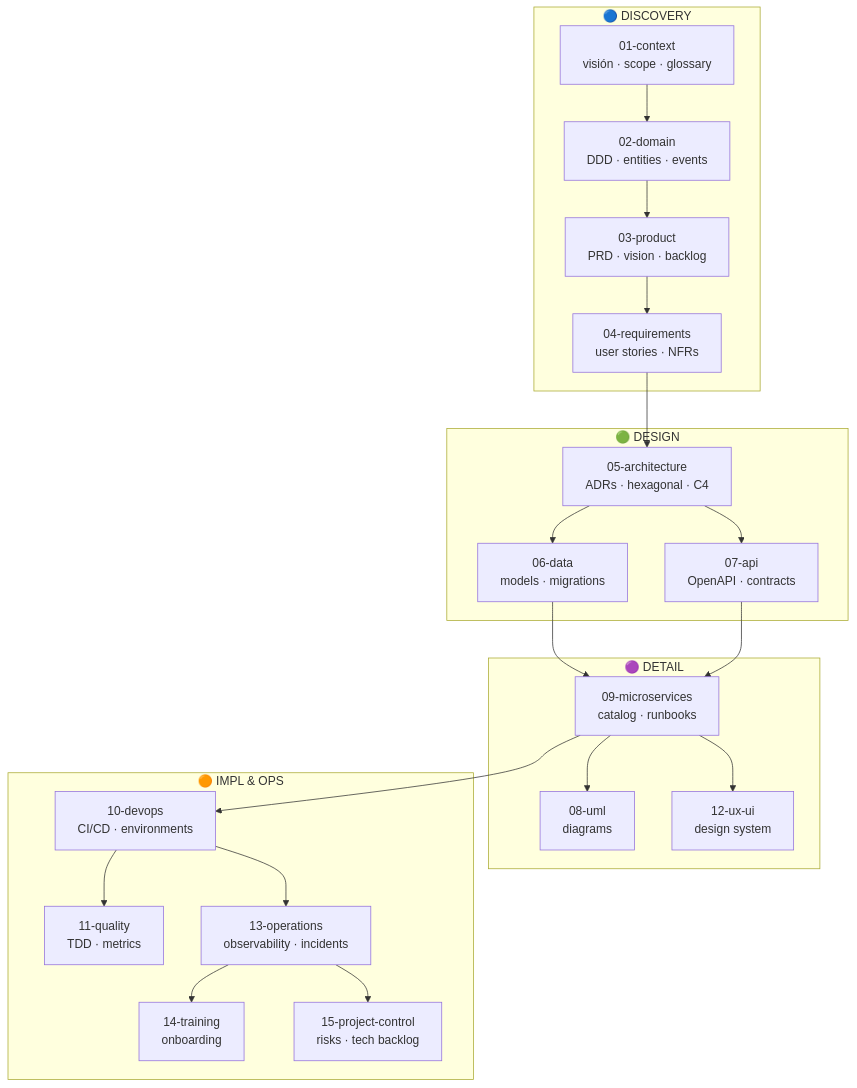
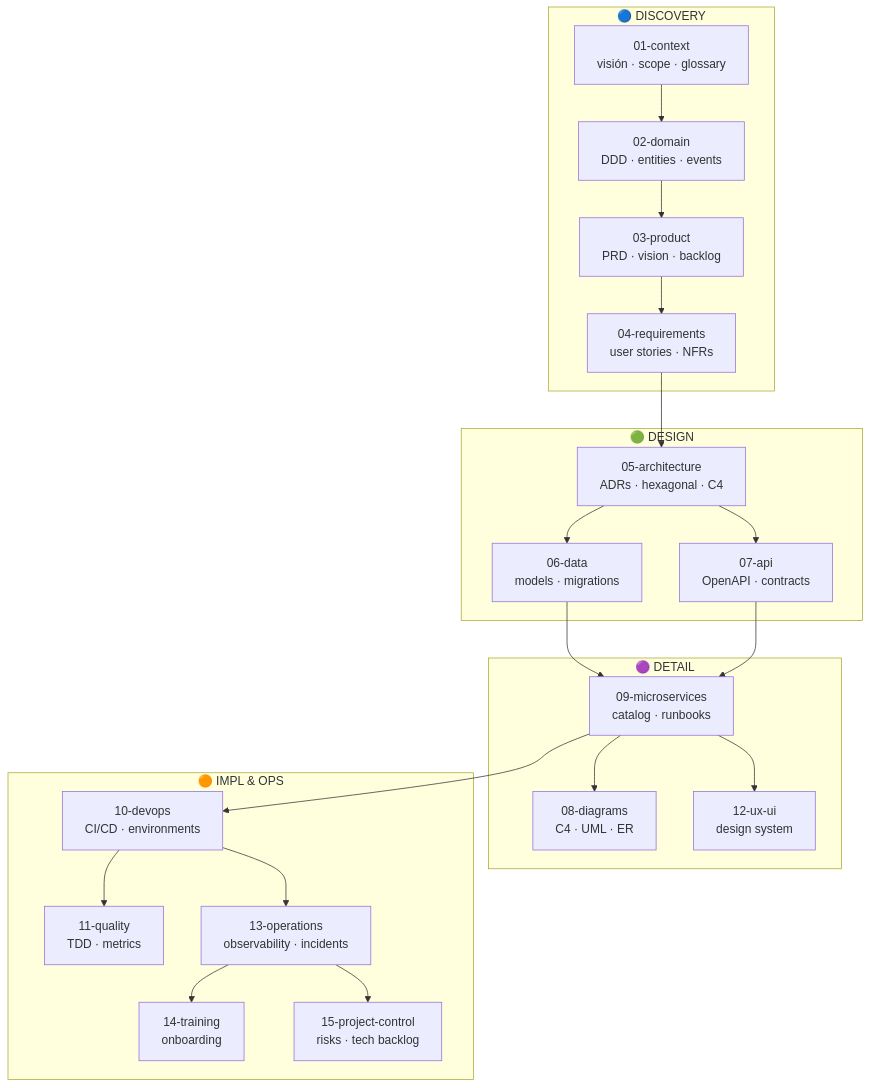
Before and after one commit to code-corhuila/barber-saas-docs: the diagram in README.md, drawn with Mermaid. The commit also changed other lines of this file and 8 other files, not shown here.

First line of the commit message:
docs(diagrams): rename section 08-uml to 08-diagrams (#44)

````diff
--- a/README.md
+++ b/README.md
@@ -29,43 +29,43 @@
 ```mermaid
 graph TD
     subgraph DISCOVERY["🔵 DISCOVERY"]
         C1["01-context\nvisión · scope · glossary"]
         C2["02-domain\nDDD · entities · events"]
         C3["03-product\nPRD · vision · backlog"]
         C4["04-requirements\nuser stories · NFRs"]
         C1 --> C2 --> C3 --> C4
     end
 
     subgraph DESIGN["🟢 DESIGN"]
         C5["05-architecture\nADRs · hexagonal · C4"]
         C6["06-data\nmodels · migrations"]
         C7["07-api\nOpenAPI · contracts"]
         C5 --> C6
         C5 --> C7
     end
 
     subgraph DETAIL["🟣 DETAIL"]
-        C8["08-uml\ndiagrams"]
+        C8["08-diagrams\nC4 · UML · ER"]
         C9["09-microservices\ncatalog · runbooks"]
         C12["12-ux-ui\ndesign system"]
         C9 --> C8
         C9 --> C12
     end
 
     subgraph OPS["🟠 IMPL & OPS"]
         C10["10-devops\nCI/CD · environments"]
         C11["11-quality\nTDD · metrics"]
         C13["13-operations\nobservability · incidents"]
         C14["14-training\nonboarding"]
         C15["15-project-control\nrisks · tech backlog"]
         C10 --> C11
         C10 --> C13
         C13 --> C14
         C13 --> C15
     end
 
     C4 --> C5
     C6 --> C9
     C7 --> C9
     C9 --> C10
 ```
````
